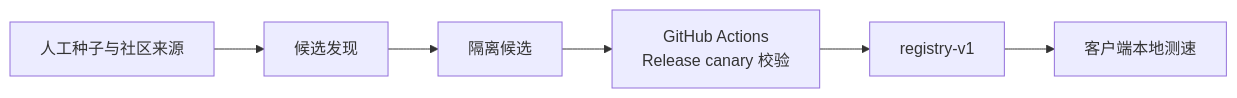
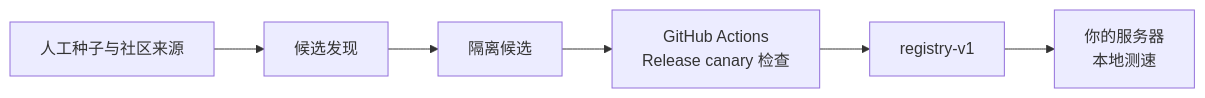
The second of 2 diagrams in README.md (Takabunbin/ghlane), drawn with Mermaid before and after one commit. The commit also changed other lines of this file and 2 other files, not shown here.

````diff
--- a/README.md
+++ b/README.md
@@ -88,8 +139,8 @@
 ```mermaid
 flowchart LR
     S["人工种子与社区来源"] --> Q["候选发现"]
     Q --> C["隔离候选"]
-    C --> H["GitHub Actions<br/>Release canary 校验"]
+    C --> H["GitHub Actions<br/>Release canary 检查"]
     H --> P["registry-v1"]
-    P --> L["客户端本地测速"]
+    P --> L["你的服务器<br/>本地测速"]
 ```
````
